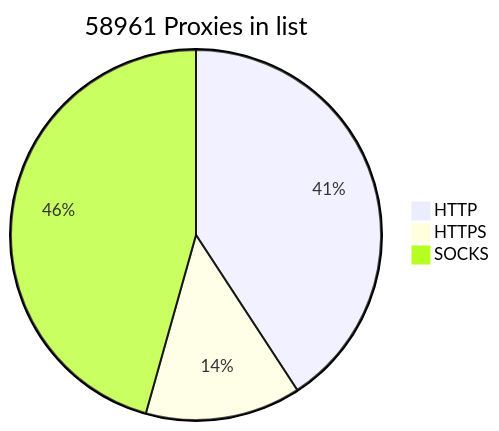
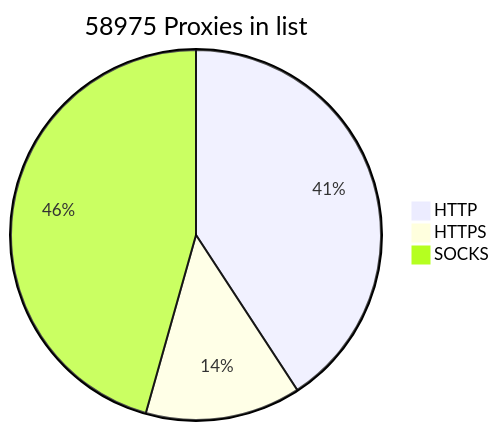
Before and after one commit to BlackSnowDot/proxylist-update-every-minute: the diagram in README.md, drawn with Mermaid.

````diff
--- a/README.md
+++ b/README.md
@@ -2,6 +2,6 @@
 ```mermaid
-pie title 58961 Proxies in list
-    "HTTP" : 27101
-    "HTTPS": 9019
+pie title 58975 Proxies in list
+    "HTTP" : 27107
+    "HTTPS": 9028
     "SOCKS" : 30323
 ```
````
